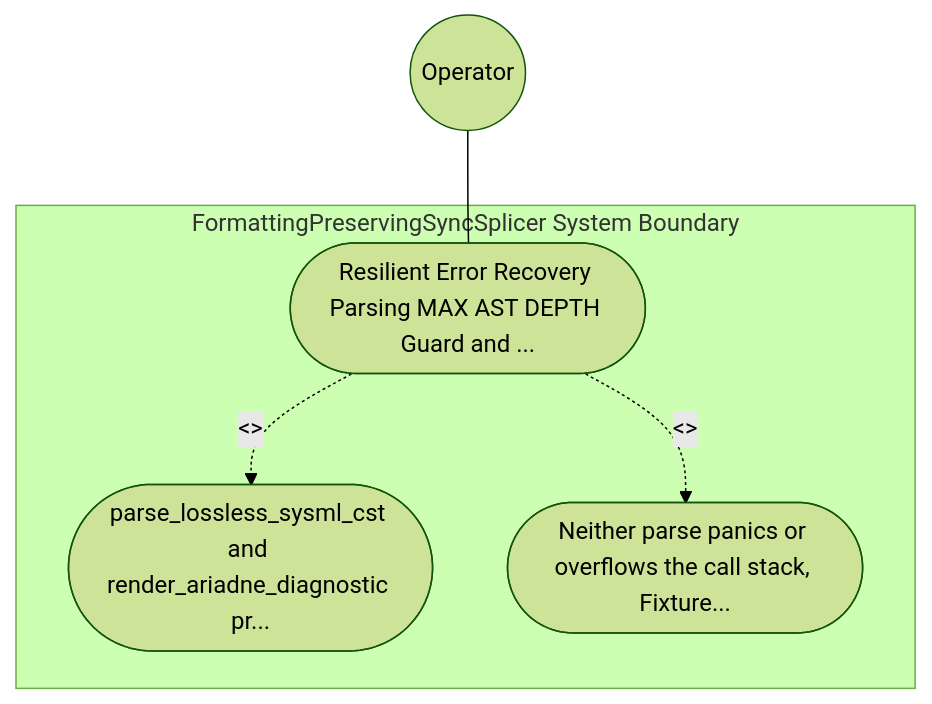
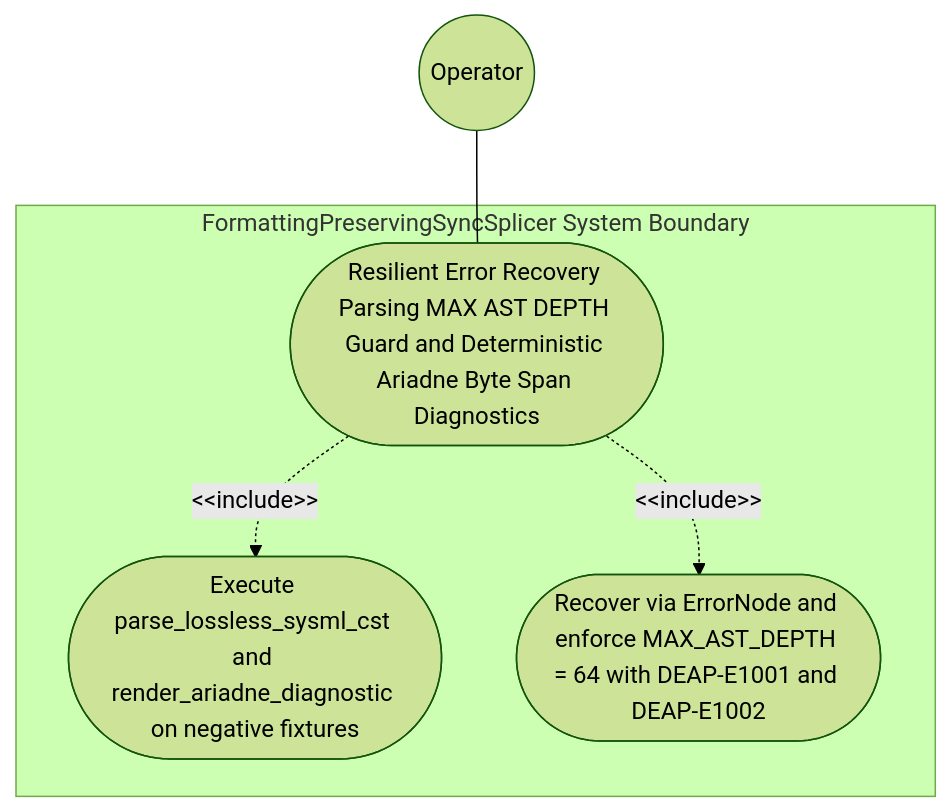
Before and after one commit to gintatkinson/DEAP01-spec-core: the diagram in .pipeline/upstream/docs/use-cases/UC-53-Resilient_Error_Recovery_Parsing_MAX_AST_DEPTH_Guard_and_Deterministic_Ariadne_Byte_Span_Diagnostics.md, drawn with Mermaid (forest theme). The commit also changed other lines of this file and 225 other files, not shown here.

````diff
--- a/.pipeline/upstream/docs/use-cases/UC-53-Resilient_Error_Recovery_Parsing_MAX_AST_DEPTH_Guard_and_Deterministic_Ariadne_Byte_Span_Diagnostics.md
+++ b/.pipeline/upstream/docs/use-cases/UC-53-Resilient_Error_Recovery_Parsing_MAX_AST_DEPTH_Guard_and_Deterministic_Ariadne_Byte_Span_Diagnostics.md
@@ -16,11 +16,11 @@
 ```mermaid
 graph TD
     subgraph "FormattingPreservingSyncSplicer System Boundary"
-        UC_Main(["Resilient Error Recovery Parsing MAX AST DEPTH Guard and ..."])
-        UC_Step01(["parse_lossless_sysml_cst and render_ariadne_diagnostic pr..."])
-        UC_Step02(["Neither parse panics or overflows the call stack, Fixture..."])
+        UC_Main(["Resilient Error Recovery Parsing MAX AST DEPTH Guard and Deterministic Ariadne Byte Span Diagnostics"])
+        UC_Step01(["Execute parse_lossless_sysml_cst and render_ariadne_diagnostic on negative fixtures"])
+        UC_Step02(["Recover via ErrorNode and enforce MAX_AST_DEPTH = 64 with DEAP-E1001 and DEAP-E1002"])
     end
     Operator(("Operator")) --- UC_Main
-    UC_Main -. "<<include>>" .-> UC_Step01
-    UC_Main -. "<<include>>" .-> UC_Step02
+    UC_Main -. "&lt;&lt;include&gt;&gt;" .-> UC_Step01
+    UC_Main -. "&lt;&lt;include&gt;&gt;" .-> UC_Step02
 ```
````
